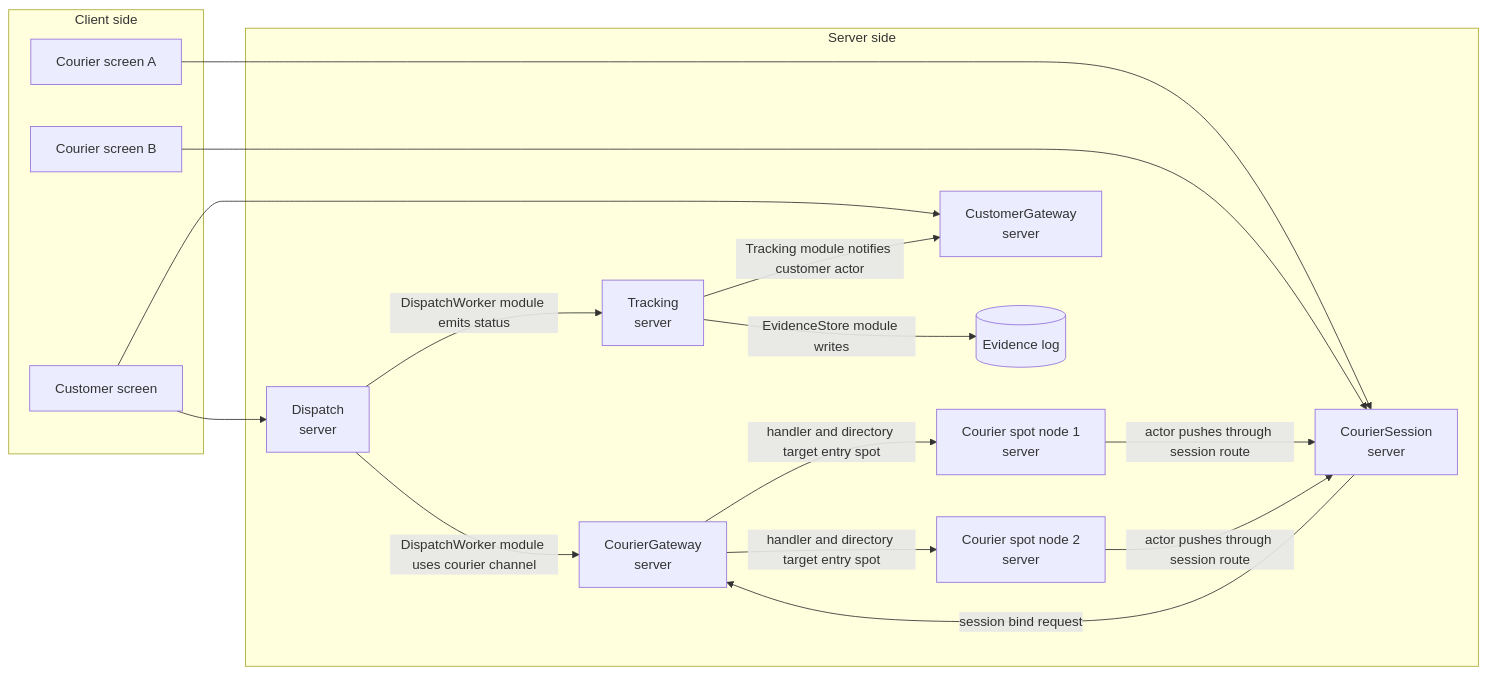
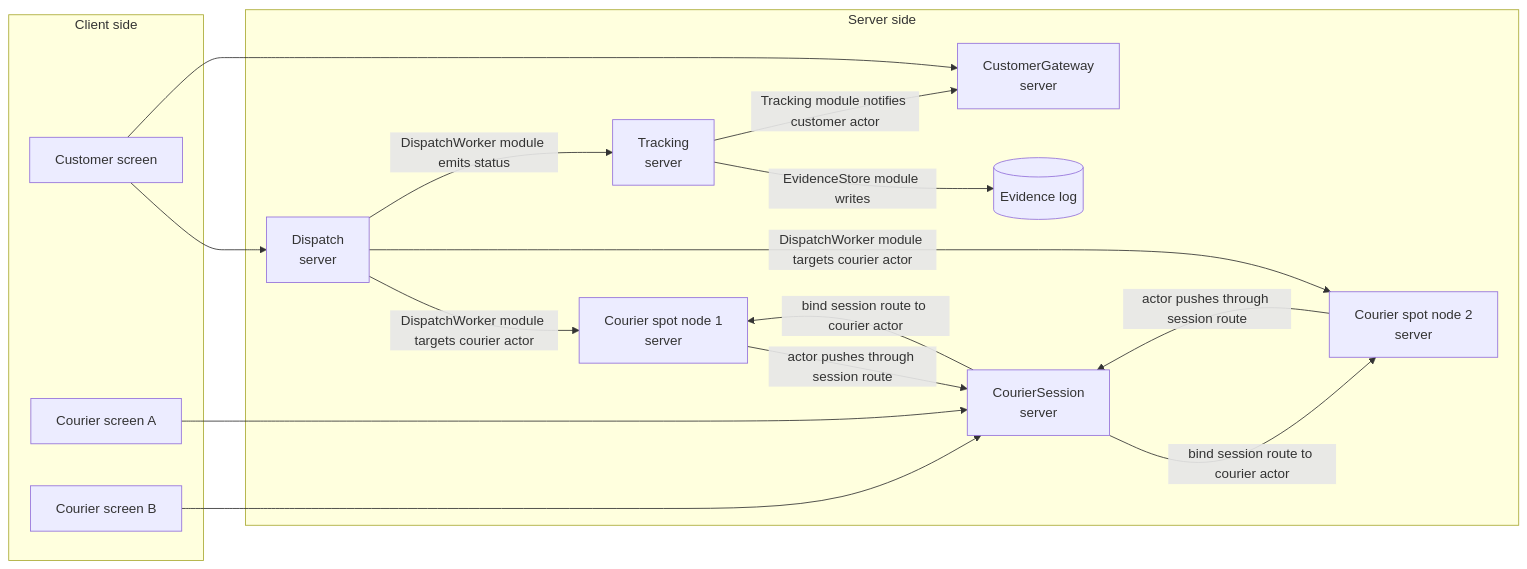
One commit to kairos-code-dev/zlink changed the second of 4 diagrams in framework/doc/framework/common/sample/deliverydispatch/README.ko.md. Above: the diagram before and after it, drawn with Mermaid. The commit also changed other lines of this file and 12 other files, not shown here.

````diff
--- a/framework/doc/framework/common/sample/deliverydispatch/README.ko.md
+++ b/framework/doc/framework/common/sample/deliverydispatch/README.ko.md
@@ -141,36 +141,35 @@
 ```mermaid
 flowchart LR
     subgraph ClientSide[Client side]
         Customer[Customer screen]
         CourierClientA[Courier screen A]
         CourierClientB[Courier screen B]
     end
 
     subgraph ServerSide[Server side]
         DispatchServer["Dispatch<br/>server"]
-        CourierGatewayServer["CourierGateway<br/>server"]
         CourierSessionServer["CourierSession<br/>server"]
         CourierSpotServer1["Courier spot node 1<br/>server"]
         CourierSpotServer2["Courier spot node 2<br/>server"]
         CustomerGatewayServer["CustomerGateway<br/>server"]
         TrackingServer["Tracking<br/>server"]
         Evidence[(Evidence log)]
     end
 
     Customer --> DispatchServer
     Customer --> CustomerGatewayServer
     CourierClientA --> CourierSessionServer
     CourierClientB --> CourierSessionServer
 
-    DispatchServer -->|DispatchWorker module uses courier channel| CourierGatewayServer
+    DispatchServer -->|DispatchWorker module targets courier actor| CourierSpotServer1
+    DispatchServer -->|DispatchWorker module targets courier actor| CourierSpotServer2
     DispatchServer -->|DispatchWorker module emits status| TrackingServer
 
-    CourierGatewayServer -->|handler and directory target entry spot| CourierSpotServer1
-    CourierGatewayServer -->|handler and directory target entry spot| CourierSpotServer2
-    CourierSessionServer -->|session bind request| CourierGatewayServer
+    CourierSessionServer -->|bind session route to courier actor| CourierSpotServer1
+    CourierSessionServer -->|bind session route to courier actor| CourierSpotServer2
     CourierSpotServer1 -->|actor pushes through session route| CourierSessionServer
     CourierSpotServer2 -->|actor pushes through session route| CourierSessionServer
 
     TrackingServer -->|EvidenceStore module writes| Evidence
     TrackingServer -->|Tracking module notifies customer actor| CustomerGatewayServer
 ```
````
